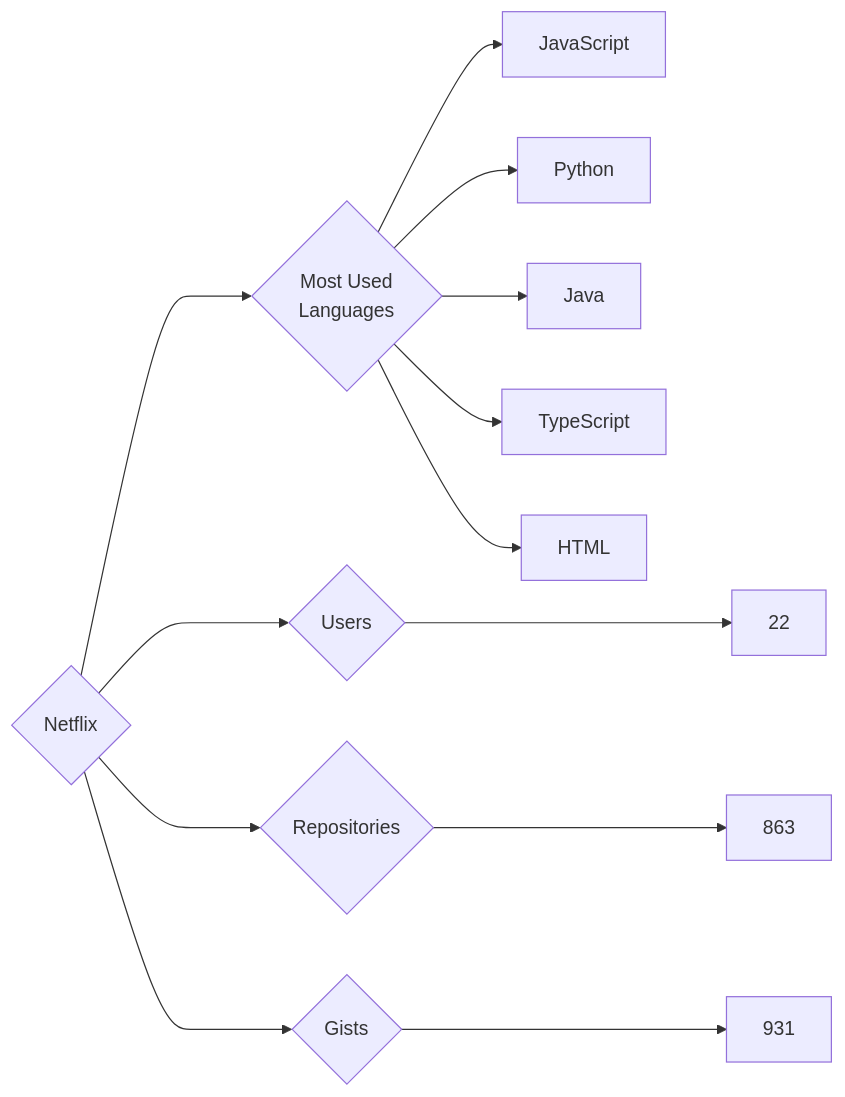
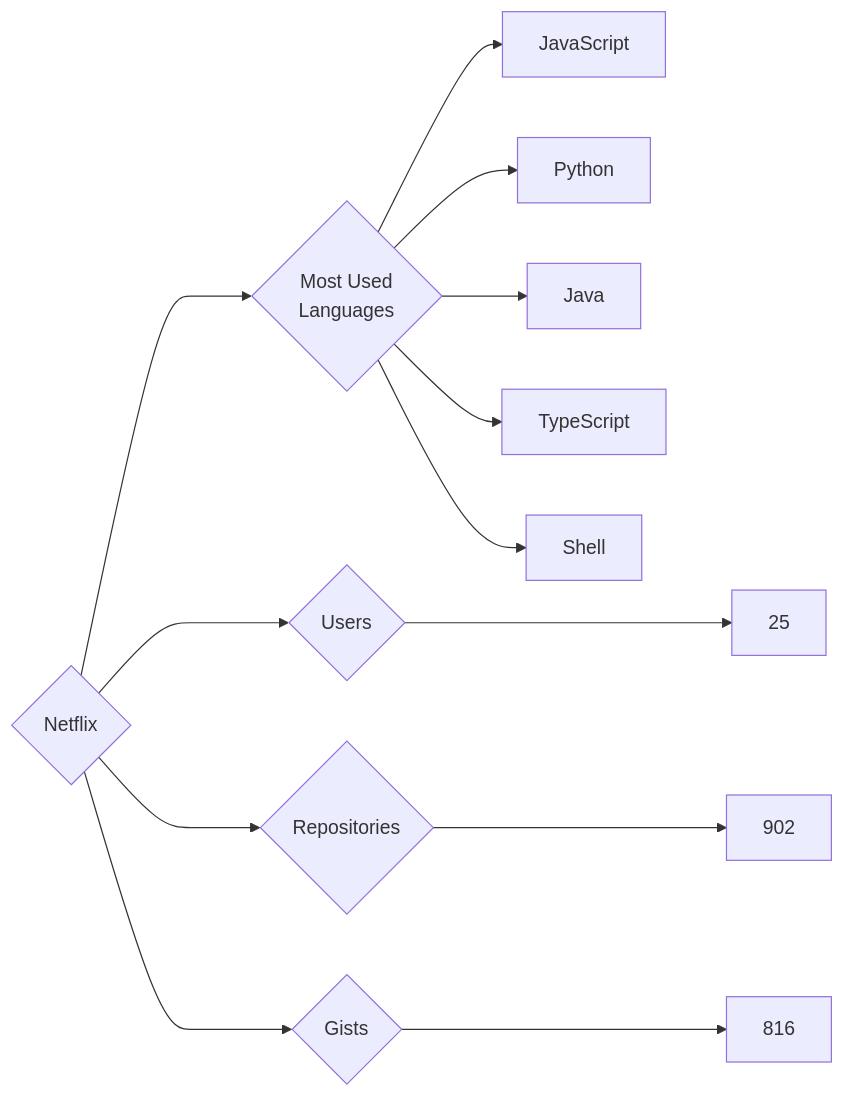
One commit to trickest/insiders changed the diagram in targets/Netflix/README.md. Above: the diagram before and after it, drawn with Mermaid. The commit also changed 898 other files, not shown here.

````diff
--- a/targets/Netflix/README.md
+++ b/targets/Netflix/README.md
@@ -3,13 +3,13 @@
 ```mermaid
 graph LR
 COMPANY_NAME{Netflix}
-COMPANY_NAME ---> U{Users} ---> UN[22]
-COMPANY_NAME ---> R{Repositories} ---> RN[863]
-COMPANY_NAME ---> G{Gists} ---> GN[931]
+COMPANY_NAME ---> U{Users} ---> UN[25]
+COMPANY_NAME ---> R{Repositories} ---> RN[902]
+COMPANY_NAME ---> G{Gists} ---> GN[816]
 COMPANY_NAME ---> ML{Most Used<br>Languages}
 ML --> JavaScript[JavaScript]
 ML --> Python[Python]
 ML --> Java[Java]
 ML --> TypeScript[TypeScript]
-ML --> HTML[HTML]
+ML --> Shell[Shell]
 ```
````
